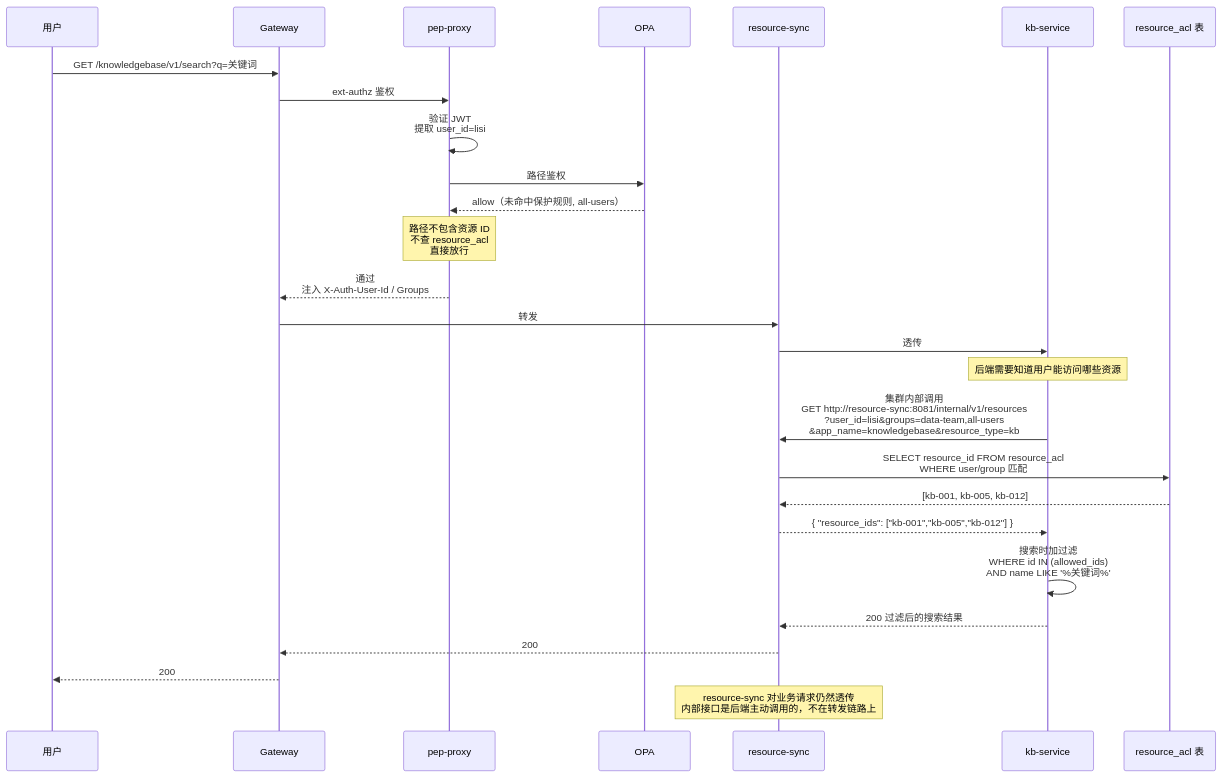
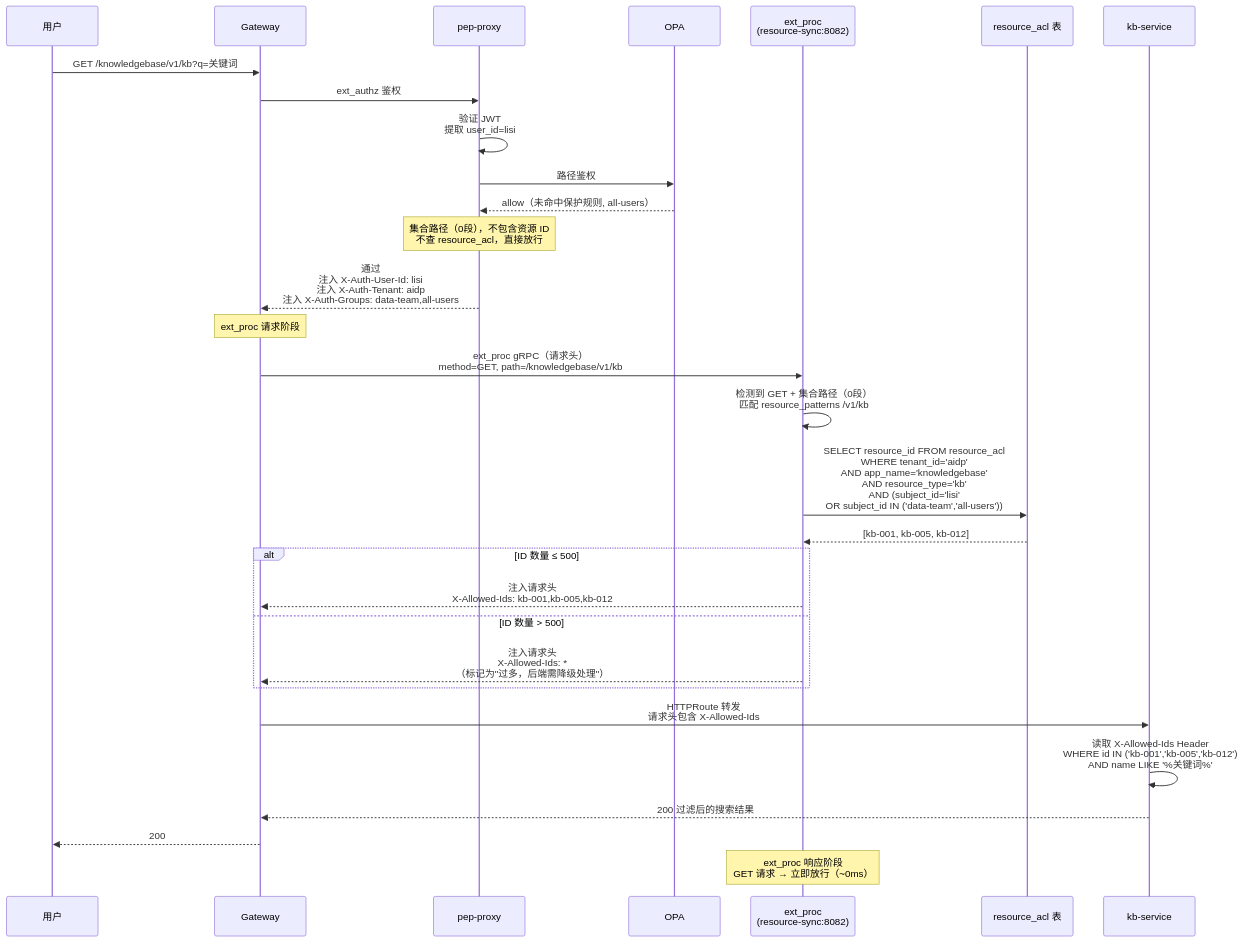
One commit to xiewanchao/aidp-iam changed the sixth of 15 diagrams in diagrams/request-flow.md. Above: the diagram before and after it, drawn with Mermaid. The commit also changed other lines of this file and 5 other files, not shown here.

````diff
--- a/diagrams/request-flow.md
+++ b/diagrams/request-flow.md
@@ -185,36 +194,41 @@
 ```mermaid
 sequenceDiagram
     participant U as 用户
     participant GW as Gateway
     participant PEP as pep-proxy
     participant OPA as OPA
-    participant RS as resource-sync
+    participant EP as ext_proc<br/>(resource-sync:8082)
+    participant DB as resource_acl 表
     participant KB as kb-service
-    participant DB as resource_acl 表
 
-    U->>GW: GET /knowledgebase/v1/search?q=关键词
-    GW->>PEP: ext-authz 鉴权
+    U->>GW: GET /knowledgebase/v1/kb?q=关键词
+    GW->>PEP: ext_authz 鉴权
 
     PEP->>PEP: 验证 JWT<br/>提取 user_id=lisi
     PEP->>OPA: 路径鉴权
     OPA-->>PEP: allow（未命中保护规则, all-users）
 
-    Note over PEP: 路径不包含资源 ID<br/>不查 resource_acl<br/>直接放行
+    Note over PEP: 集合路径（0段），不包含资源 ID<br/>不查 resource_acl，直接放行
 
-    PEP-->>GW: 通过<br/>注入 X-Auth-User-Id / Groups
-    GW->>RS: 转发
-    RS->>KB: 透传
+    PEP-->>GW: 通过<br/>注入 X-Auth-User-Id: lisi<br/>注入 X-Auth-Tenant: aidp<br/>注入 X-Auth-Groups: data-team,all-users
 
-    Note over KB: 后端需要知道用户能访问哪些资源
-    KB->>RS: 集群内部调用<br/>GET http://resource-sync:8081/internal/v1/resources<br/>?user_id=lisi&groups=data-team,all-users<br/>&app_name=knowledgebase&resource_type=kb
-    RS->>DB: SELECT resource_id FROM resource_acl<br/>WHERE user/group 匹配
-    DB-->>RS: [kb-001, kb-005, kb-012]
-    RS-->>KB: { "resource_ids": ["kb-001","kb-005","kb-012"] }
+    Note over GW: ext_proc 请求阶段
+    GW->>EP: ext_proc gRPC（请求头）<br/>method=GET, path=/knowledgebase/v1/kb
+    EP->>EP: 检测到 GET + 集合路径（0段）<br/>匹配 resource_patterns /v1/kb
+    EP->>DB: SELECT resource_id FROM resource_acl<br/>WHERE tenant_id='aidp'<br/>AND app_name='knowledgebase'<br/>AND resource_type='kb'<br/>AND (subject_id='lisi'<br/>OR subject_id IN ('data-team','all-users'))
+    DB-->>EP: [kb-001, kb-005, kb-012]
 
-    KB->>KB: 搜索时加过滤<br/>WHERE id IN (allowed_ids)<br/>AND name LIKE '%关键词%'
-    KB-->>RS: 200 过滤后的搜索结果
-    RS-->>GW: 200
+    alt ID 数量 ≤ 500
+        EP-->>GW: 注入请求头<br/>X-Allowed-Ids: kb-001,kb-005,kb-012
+    else ID 数量 > 500
+        EP-->>GW: 注入请求头<br/>X-Allowed-Ids: *<br/>（标记为"过多，后端需降级处理"）
+    end
+
+    GW->>KB: HTTPRoute 转发<br/>请求头包含 X-Allowed-Ids
+
+    KB->>KB: 读取 X-Allowed-Ids Header<br/>WHERE id IN ('kb-001','kb-005','kb-012')<br/>AND name LIKE '%关键词%'
+    KB-->>GW: 200 过滤后的搜索结果
     GW-->>U: 200
 
-    Note over RS: resource-sync 对业务请求仍然透传<br/>内部接口是后端主动调用的，不在转发链路上
+    Note over EP: ext_proc 响应阶段<br/>GET 请求 → 立即放行（~0ms）
 ```
````
